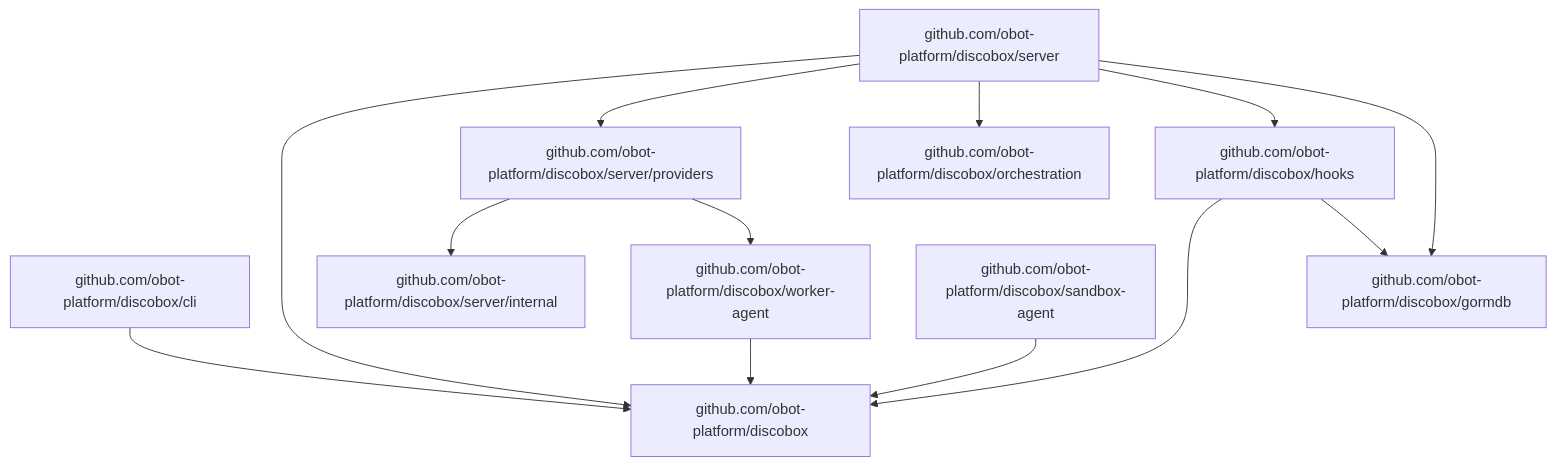
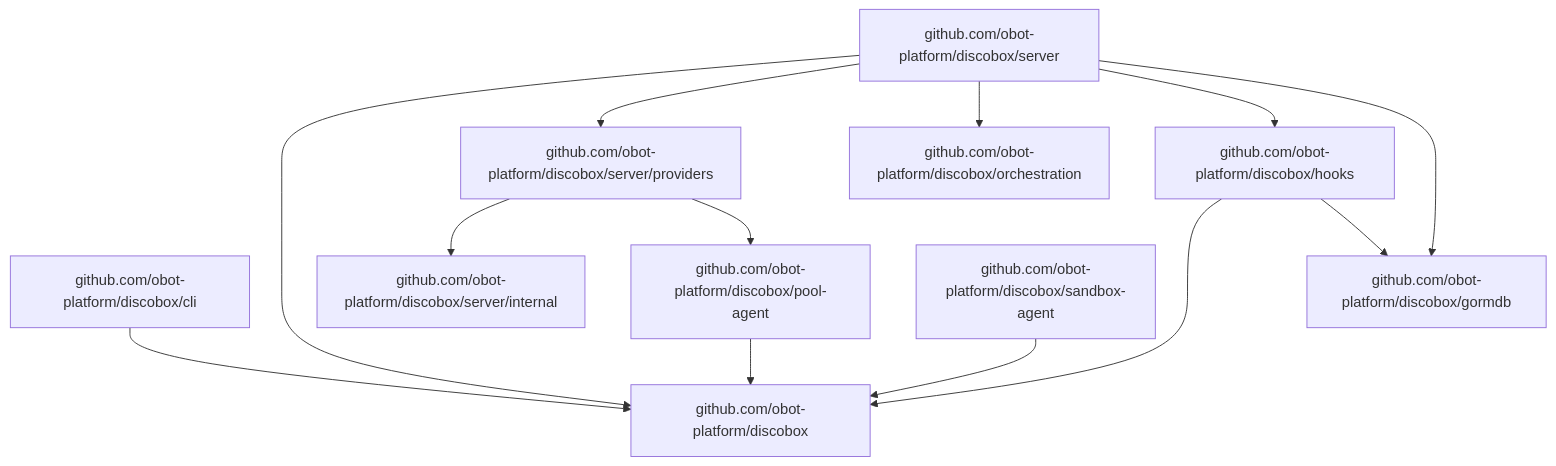
The second of 2 diagrams in DESIGN.md (discobox-ai/discobox), drawn with Mermaid before and after one commit. The commit also changed other lines of this file and 294 other files, not shown here.

````diff
--- a/DESIGN.md
+++ b/DESIGN.md
@@ -75,15 +81,15 @@
 ```mermaid
 flowchart TD
     cli["github.com/obot-platform/discobox/cli"] --> root["github.com/obot-platform/discobox"]
     server["github.com/obot-platform/discobox/server"] --> root
     server --> providers["github.com/obot-platform/discobox/server/providers"]
     server --> orchestration["github.com/obot-platform/discobox/orchestration"]
     server --> hooks["github.com/obot-platform/discobox/hooks"]
     server --> gormdb["github.com/obot-platform/discobox/gormdb"]
     hooks --> root
     hooks --> gormdb
     providers --> serverInternal["github.com/obot-platform/discobox/server/internal"]
-    providers --> workerAgent["github.com/obot-platform/discobox/worker-agent"]
-    workerAgent --> root
+    providers --> poolAgent["github.com/obot-platform/discobox/pool-agent"]
+    poolAgent --> root
     sandboxAgent["github.com/obot-platform/discobox/sandbox-agent"] --> root
 ```
````
